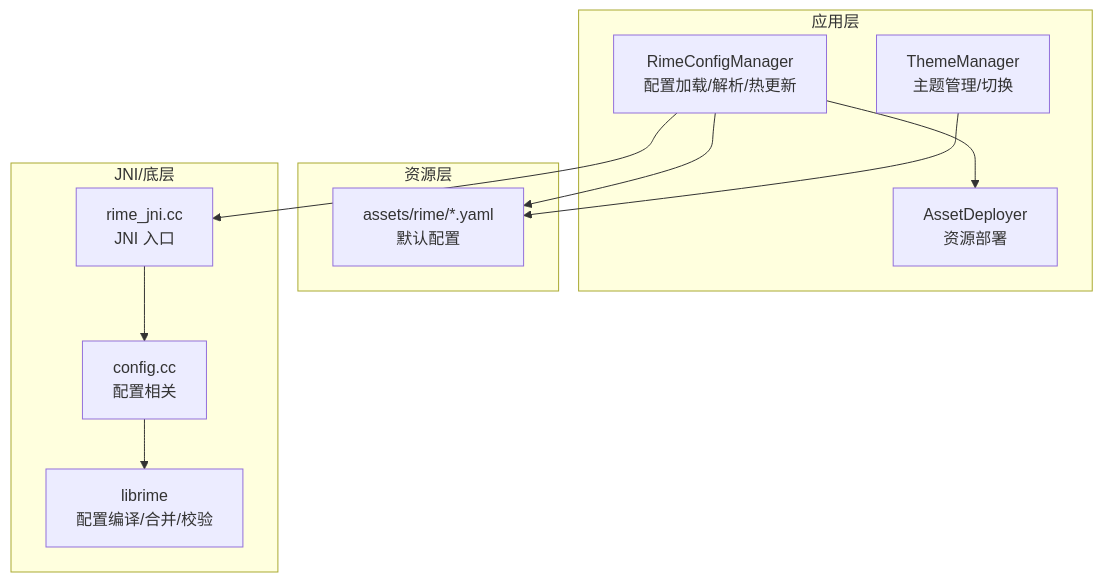
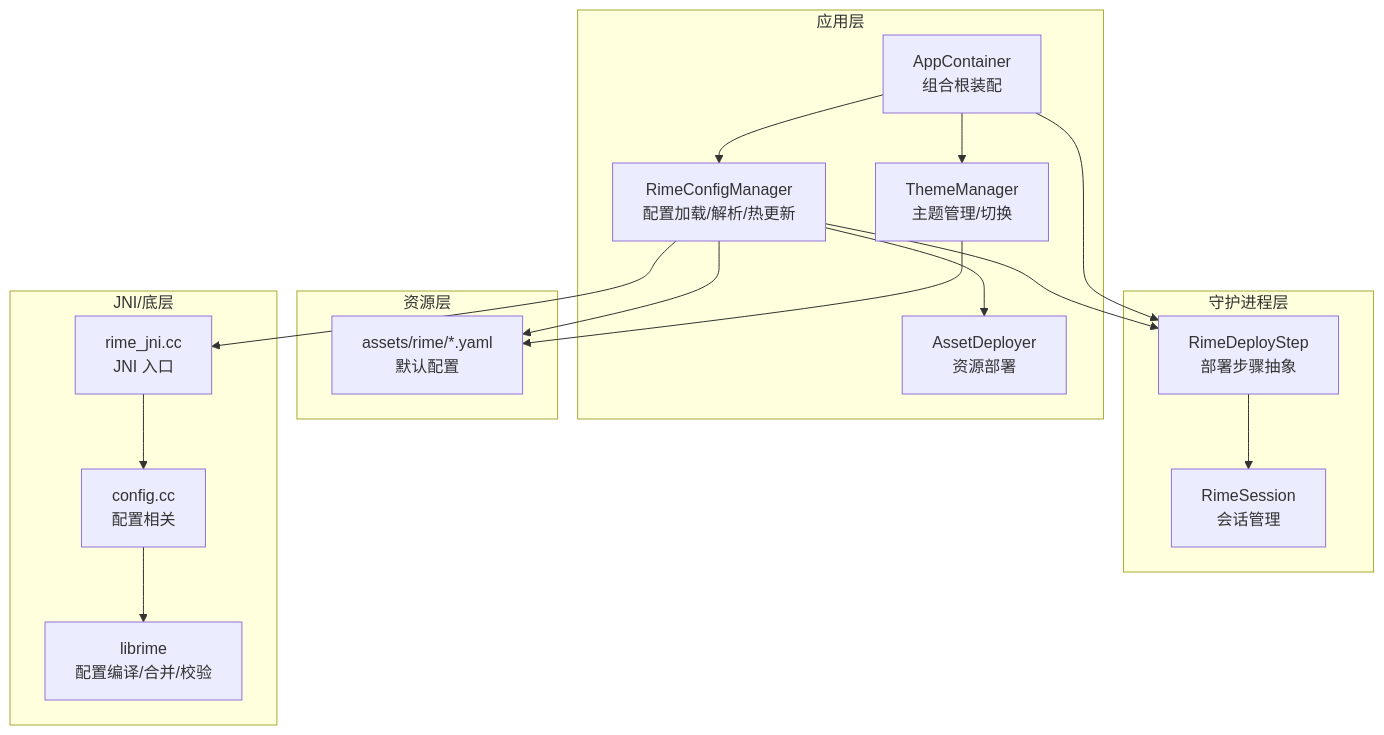
The first of 6 diagrams in .qoder/repowiki/zh/content/配置管理/配置管理.md (qiaodashaoye/ziyou-ime), drawn with Mermaid before and after one commit. The commit also changed other lines of this file and 7 other files, not shown here.

````diff
--- a/.qoder/repowiki/zh/content/配置管理/配置管理.md
+++ b/.qoder/repowiki/zh/content/配置管理/配置管理.md
@@ -38,22 +49,32 @@
 ```mermaid
 graph TB
 subgraph "应用层"
 A["RimeConfigManager<br/>配置加载/解析/热更新"]
 B["ThemeManager<br/>主题管理/切换"]
 C["AssetDeployer<br/>资源部署"]
+D["AppContainer<br/>组合根装配"]
+end
+subgraph "守护进程层"
+E["RimeDeployStep<br/>部署步骤抽象"]
+F["RimeSession<br/>会话管理"]
 end
 subgraph "资源层"
-D["assets/rime/*.yaml<br/>默认配置"]
+G["assets/rime/*.yaml<br/>默认配置"]
 end
 subgraph "JNI/底层"
-E["rime_jni.cc<br/>JNI 入口"]
-F["config.cc<br/>配置相关"]
-G["librime<br/>配置编译/合并/校验"]
+H["rime_jni.cc<br/>JNI 入口"]
+I["config.cc<br/>配置相关"]
+J["librime<br/>配置编译/合并/校验"]
 end
 A --> C
-A --> D
 A --> E
-B --> D
+A --> G
+A --> H
+B --> G
+D --> A
+D --> B
+D --> E
 E --> F
-F --> G
+H --> I
+I --> J
 ```
````
